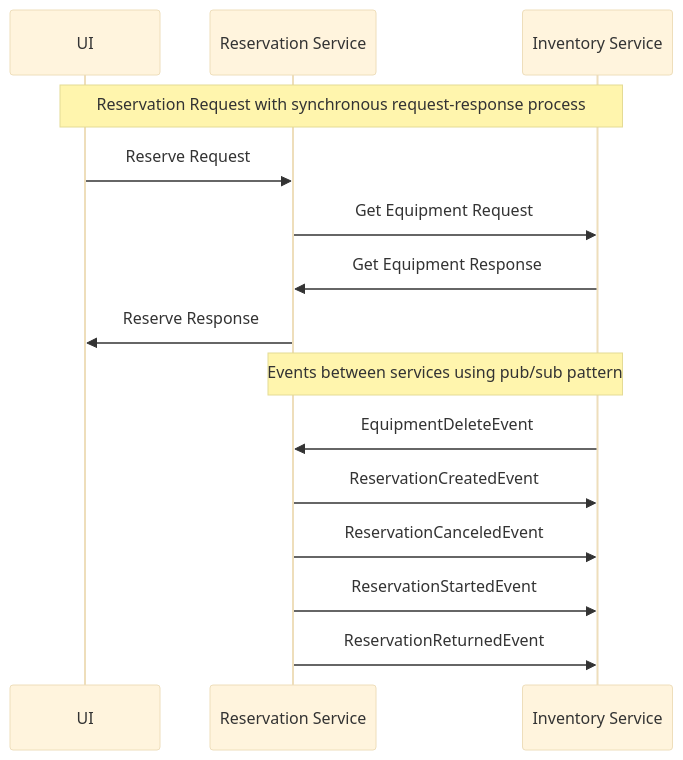
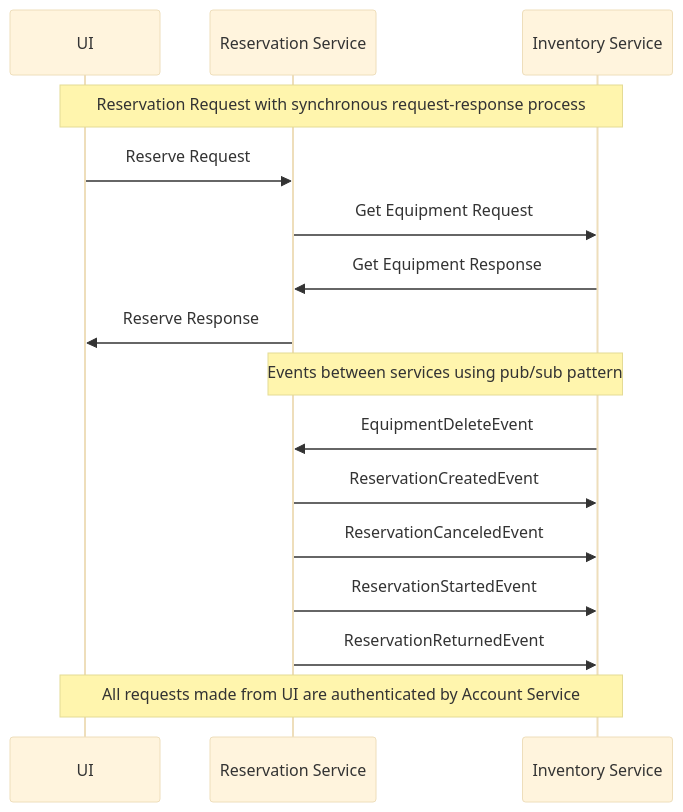
The diagram in Data-communication-structures.md (JoonasKajava/microservices-and-containers), drawn with Mermaid (base theme) before and after one commit. The commit also changed other lines of this file and 7 other files, not shown here.

````diff
--- a/Data-communication-structures.md
+++ b/Data-communication-structures.md
@@ -6,18 +6,19 @@
 ```mermaid
 sequenceDiagram
     participant UI
     participant Reservation as Reservation Service
     participant Inventory as Inventory Service
     Note over UI, Inventory: Reservation Request with synchronous request-response process
     UI ->> Reservation: Reserve Request
     Reservation ->> Inventory: Get Equipment Request
     Inventory ->> Reservation: Get Equipment Response
     Reservation ->> UI: Reserve Response
     Note over Reservation, Inventory: Events between services using pub/sub pattern
     Inventory ->> Reservation: EquipmentDeleteEvent
     Reservation ->> Inventory: ReservationCreatedEvent
     Reservation ->> Inventory: ReservationCanceledEvent
     Reservation ->> Inventory: ReservationStartedEvent
     Reservation ->> Inventory: ReservationReturnedEvent
 
+    note over UI,Inventory: All requests made from UI are authenticated by Account Service
 ```
````
